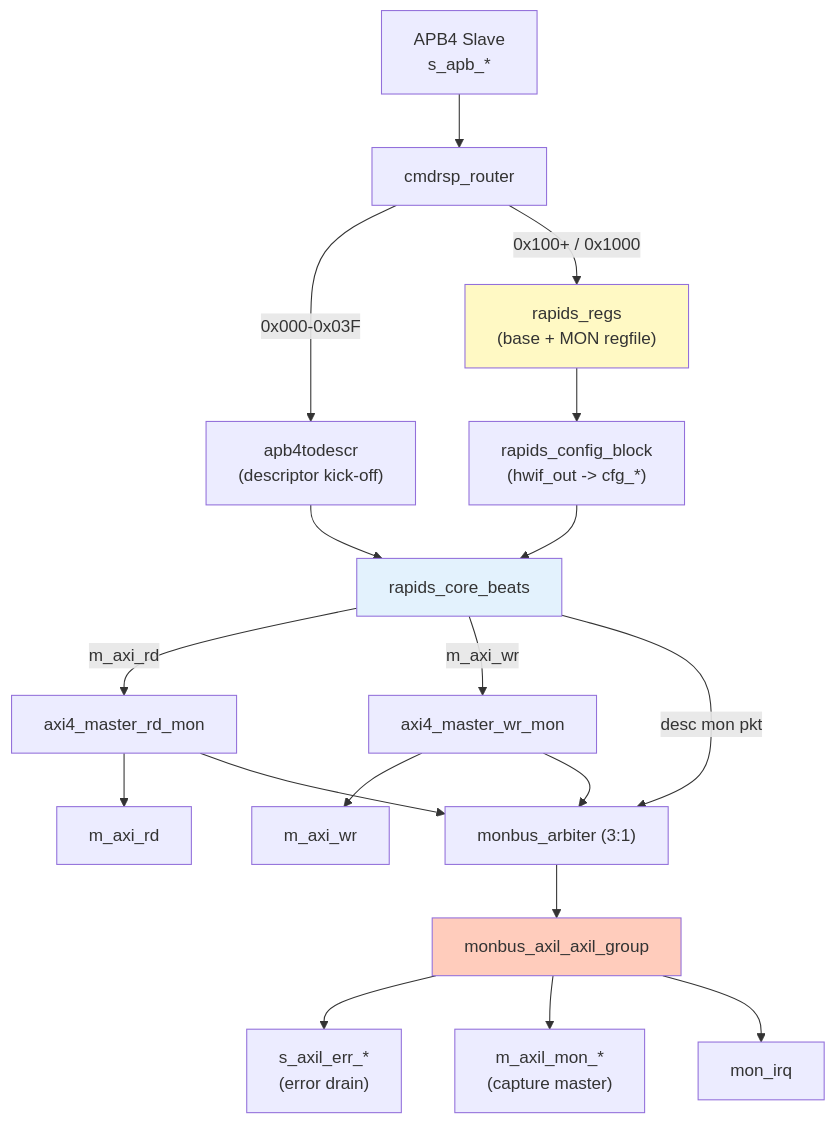
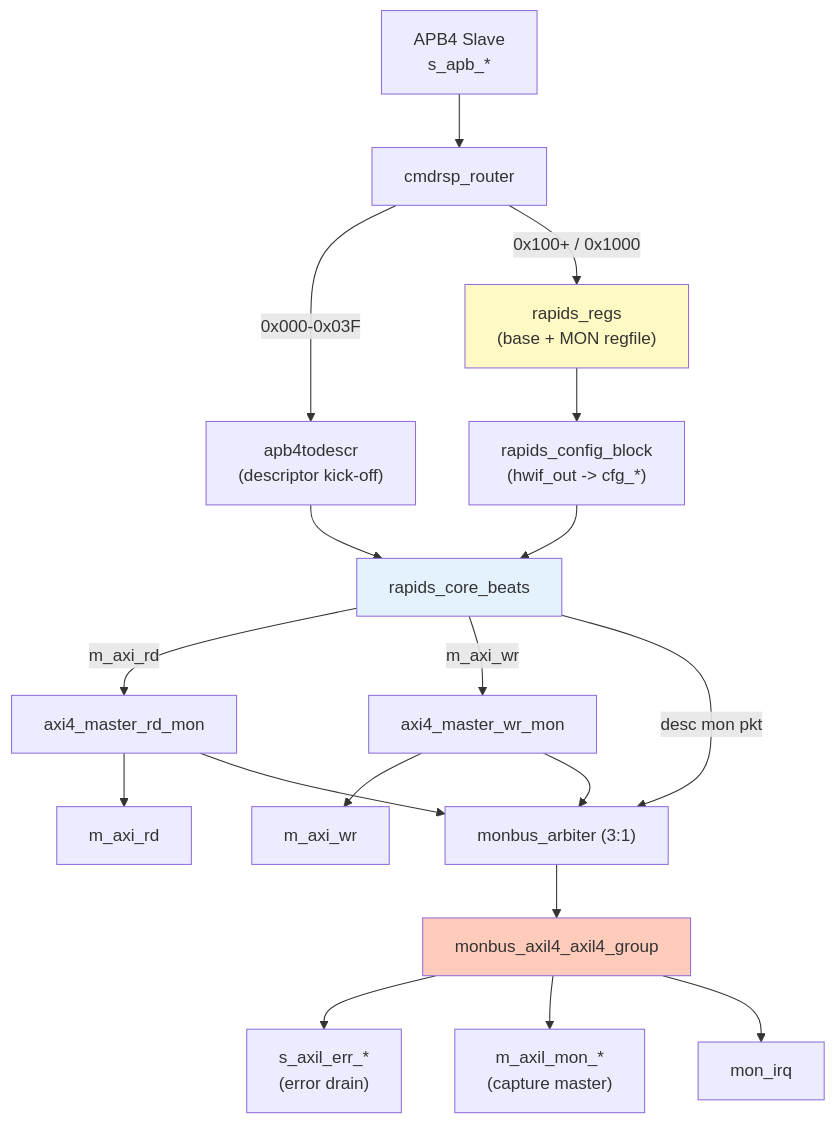
Before and after one commit to sean-galloway/RTLDesignSherpa: the second of 2 diagrams in projects/components/dmas/rapids/docs/rapids_beats_has/ch02_architecture/01_block_diagram.md, drawn with Mermaid. The commit also changed other lines of this file and 6 other files, not shown here.

First line of the commit message:
fix(rapids): finish the monbus-group and fpga-systems renames

````diff
--- a/projects/components/dmas/rapids/docs/rapids_beats_has/ch02_architecture/01_block_diagram.md
+++ b/projects/components/dmas/rapids/docs/rapids_beats_has/ch02_architecture/01_block_diagram.md
@@ -110,26 +110,26 @@
 ```mermaid
 graph TB
     APB["APB4 Slave<br/>s_apb_*"] --> ROUTER["cmdrsp_router"]
     ROUTER -->|"0x000-0x03F"| KICK["apb4todescr<br/>(descriptor kick-off)"]
     ROUTER -->|"0x100+ / 0x1000"| REGS["rapids_regs<br/>(base + MON regfile)"]
     REGS --> CFG["rapids_config_block<br/>(hwif_out -> cfg_*)"]
     KICK --> CORE["rapids_core_beats"]
     CFG --> CORE
 
     CORE -->|"m_axi_rd"| RDMON["axi4_master_rd_mon"]
     CORE -->|"m_axi_wr"| WRMON["axi4_master_wr_mon"]
     RDMON --> MRD["m_axi_rd"]
     WRMON --> MWR["m_axi_wr"]
 
     CORE -->|"desc mon pkt"| ARB["monbus_arbiter (3:1)"]
     RDMON --> ARB
     WRMON --> ARB
-    ARB --> GRP["monbus_axil_axil_group"]
+    ARB --> GRP["monbus_axil4_axil4_group"]
     GRP --> ERR["s_axil_err_*<br/>(error drain)"]
     GRP --> CAP["m_axil_mon_*<br/>(capture master)"]
     GRP --> IRQ["mon_irq"]
 
     style CORE fill:#e3f2fd
     style REGS fill:#fff9c4
     style GRP fill:#ffccbc
 ```
````
